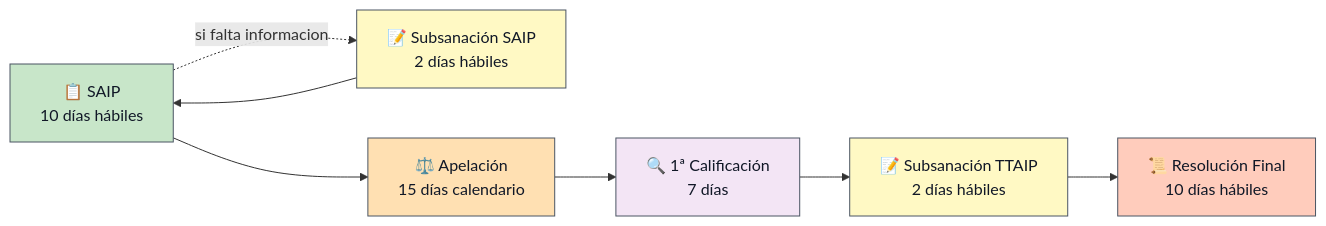
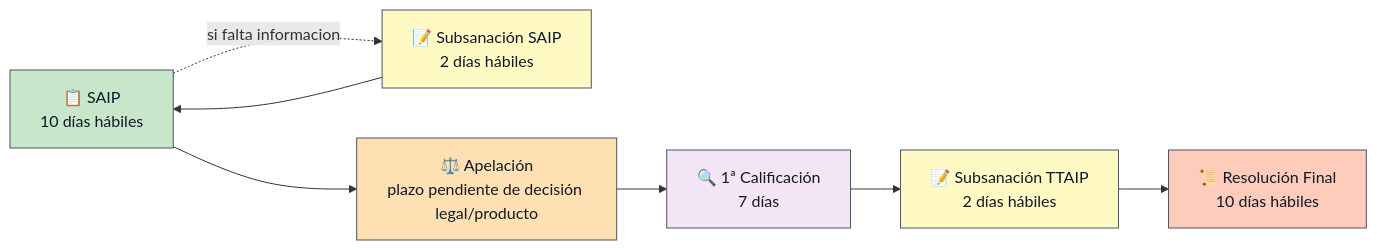
Before and after one commit to transparenciapublicadev/plataforma-saip-apelaciones: the diagram in docs/src/content/docs/dominio/glosario.mdx, drawn with Mermaid. The commit also changed other lines of this file and 5 other files, not shown here.

````diff
--- a/docs/src/content/docs/dominio/glosario.mdx
+++ b/docs/src/content/docs/dominio/glosario.mdx
@@ -92,23 +96,23 @@
 ```mermaid
 graph LR
     P1["📋 SAIP<br/>10 días hábiles"]
     P2["📝 Subsanación SAIP<br/>2 días hábiles"]
-    P3["⚖️ Apelación<br/>15 días calendario"]
+    P3["⚖️ Apelación<br/>plazo pendiente de decisión legal/producto"]
     P5["🔍 1ª Calificación<br/>7 días"]
     P6["📝 Subsanación TTAIP<br/>2 días hábiles"]
     P7["📜 Resolución Final<br/>10 días hábiles"]
     
     P1 -. "si falta informacion" .-> P2
     P2 --> P1
     P1 --> P3
     P3 --> P5
     P5 --> P6
     P6 --> P7
     
     style P1 fill:#c8e6c9,color:#111827,stroke:#4b5563,stroke-width:1px
     style P2 fill:#fff9c4,color:#111827,stroke:#4b5563,stroke-width:1px
     style P3 fill:#ffe0b2,color:#111827,stroke:#4b5563,stroke-width:1px
     style P5 fill:#f3e5f5,color:#111827,stroke:#4b5563,stroke-width:1px
     style P6 fill:#fff9c4,color:#111827,stroke:#4b5563,stroke-width:1px
     style P7 fill:#ffccbc,color:#111827,stroke:#4b5563,stroke-width:1px
 ```
````
